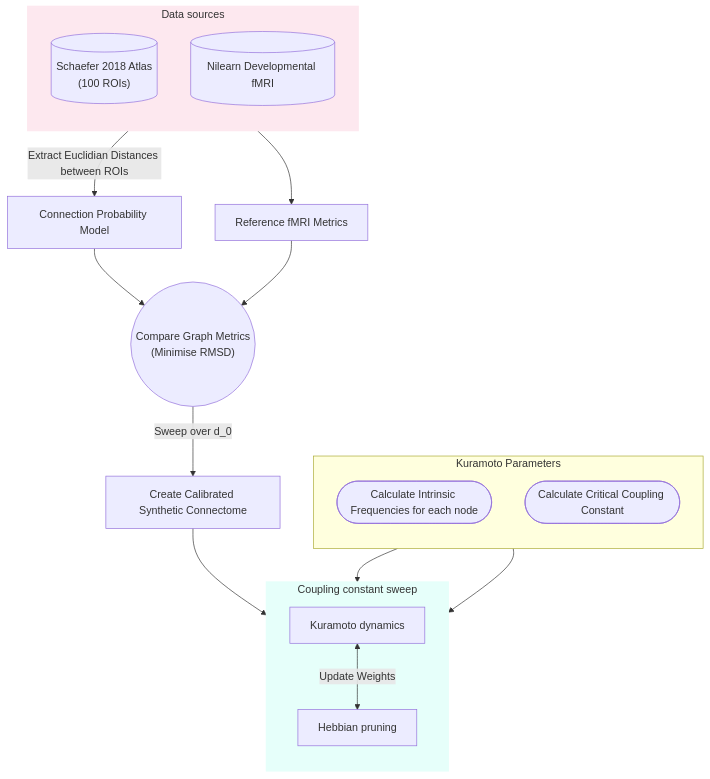
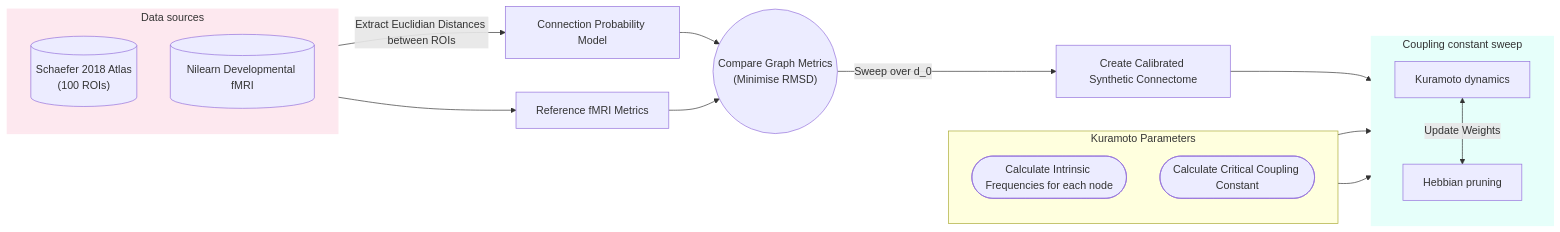
One commit to R-eya/Kuramoto-Hebbian-Style-Pruning-of-Synthetic-Connectomes changed the diagram in README.md. Above: the diagram before and after it, drawn with Mermaid.

````diff
--- a/README.md
+++ b/README.md
@@ -7,31 +7,31 @@
 ```mermaid
-flowchart TD
+flowchart LR
 
     subgraph Inputs ["Data sources"]
         direction TB
         Q[("Schaefer 2018 atlas<br/>(100 ROIs)")]
         A[("Nilearn developmental fMRI")]
     end
     style Inputs fill:#e8f4fd,stroke:#2b6cb0,stroke-width:2px
 
     Q[("Schaefer 2018 Atlas <br> (100 ROIs)")] -->|Extract Euclidian Distances between ROIs| W[Connection Probability Model] -->C
 
     A[(Nilearn Developmental fMRI)] -->B[Reference fMRI Metrics]--> C(("Compare Graph Metrics <br> (Minimise RMSD)" )) -->|Sweep over d_0 | D[Create Calibrated Synthetic Connectome]
     D --> E[Kuramoto Dynamics]
+    G--> E
+    F --> E
     subgraph kurma params ["Kuramoto Parameters"]
         direction TB
         G([Calculate Intrinsic Frequencies for each node])
         F([Calculate Critical Coupling Constant])
     end
-    G--> E
-    F --> E
 
     subgraph Sweep ["Coupling constant sweep"]
         direction TB
         E["Kuramoto dynamics"]
         H["Hebbian pruning"]
         E <-->|"Update Weights"| H
     end
 style Inputs fill:#fde8ef,stroke:#fde8ef,stroke-width:2px
 style Sweep fill:#e6fffa,stroke:#e6fffa,stroke-width:2px
 ```
````
